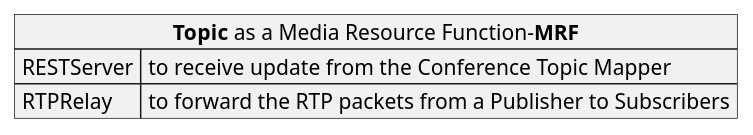
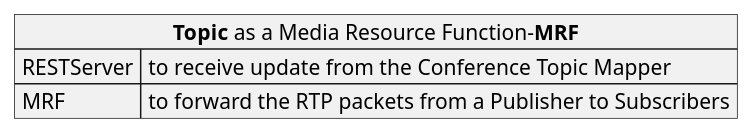
Before and after one commit to chumvan/rtppubsub: the diagram in pubsub/components/topic.puml, drawn with PlantUML. The commit also changed 2 other files, not shown here.

Commit message:
add architecture

```diff
--- a/pubsub/components/topic.puml
+++ b/pubsub/components/topic.puml
@@ -1,6 +1,6 @@
 @startuml Topic
 json "**Topic** as a Media Resource Function-**MRF**" as MRF {
     "RESTServer": "to receive update from the Conference Topic Mapper",
-    "RTPRelay": "to forward the RTP packets from a Publisher to Subscribers"
+    "MRF": "to forward the RTP packets from a Publisher to Subscribers"
 }
 @enduml
```
